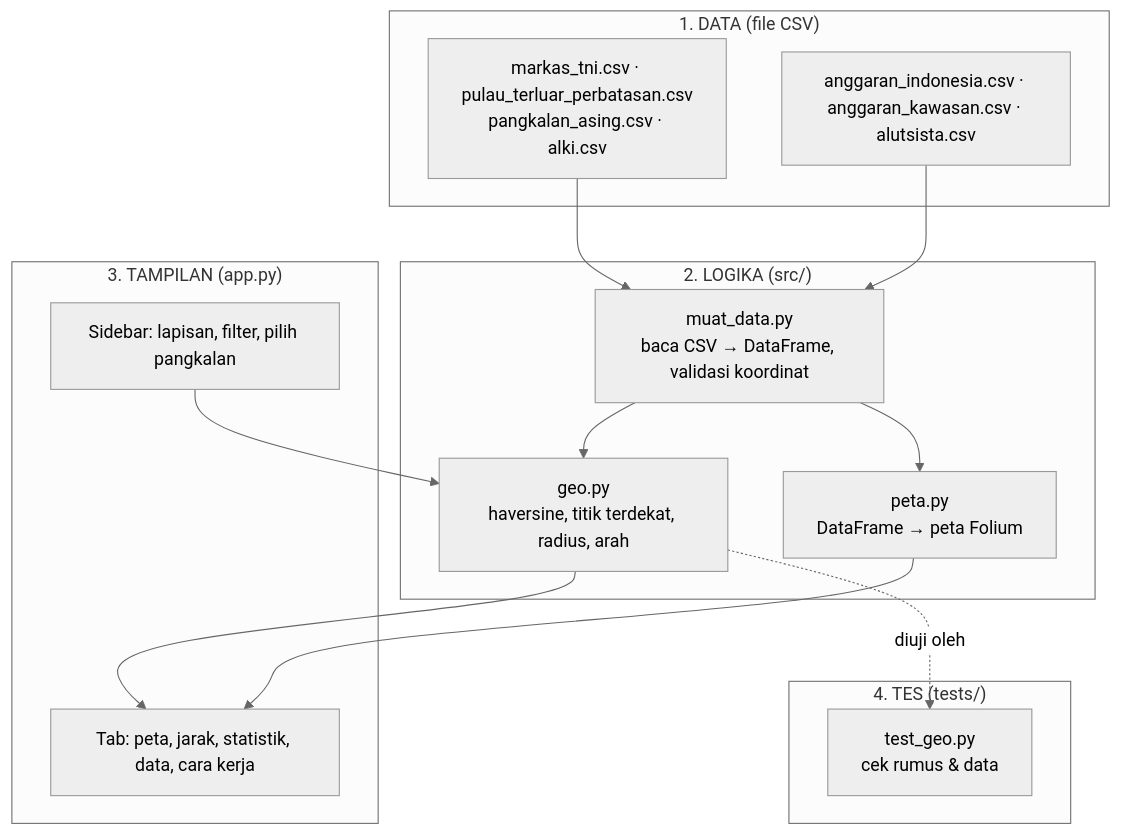
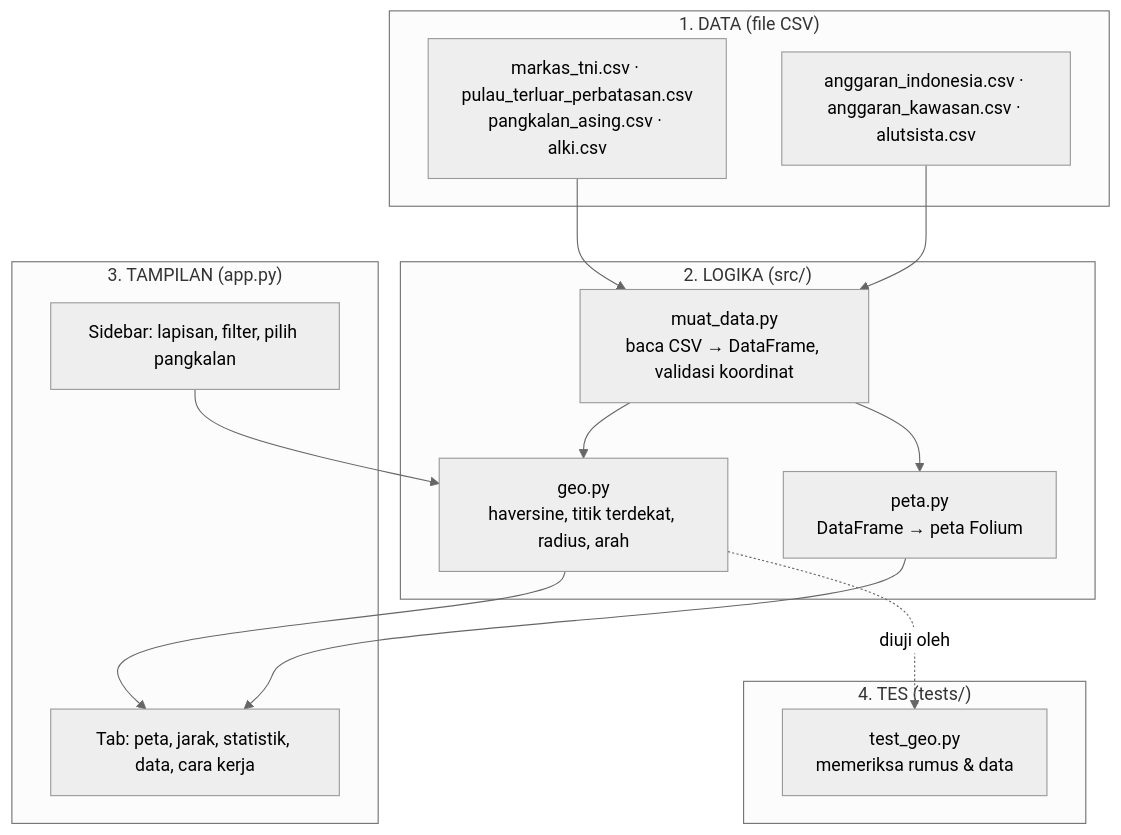
The first of 4 diagrams in docs/BELAJAR.md (Avalon2222/indonesia-defense-gis), drawn with Mermaid (neutral theme) before and after one commit. The commit also changed other lines of this file and 5 other files, not shown here.

````diff
--- a/docs/BELAJAR.md
+++ b/docs/BELAJAR.md
@@ -13,24 +13,24 @@
 ```mermaid
 flowchart TB
     subgraph DATA["1. DATA (file CSV)"]
         A[markas_tni.csv · pulau_terluar_perbatasan.csv<br/>pangkalan_asing.csv · alki.csv]
         B[anggaran_indonesia.csv · anggaran_kawasan.csv · alutsista.csv]
     end
     subgraph LOGIKA["2. LOGIKA (src/)"]
         C[muat_data.py<br/>baca CSV → DataFrame, validasi koordinat]
         D[geo.py<br/>haversine, titik terdekat, radius, arah]
         P[peta.py<br/>DataFrame → peta Folium]
     end
     subgraph TAMPILAN["3. TAMPILAN (app.py)"]
         E[Sidebar: lapisan, filter, pilih pangkalan]
         F[Tab: peta, jarak, statistik, data, cara kerja]
     end
     subgraph TES["4. TES (tests/)"]
-        G[test_geo.py<br/>cek rumus & data]
+        G[test_geo.py<br/>memeriksa rumus & data]
     end
     A --> C --> D --> F
     B --> C
     C --> P --> F
     E --> D
     D -.diuji oleh.-> G
 ```
````
